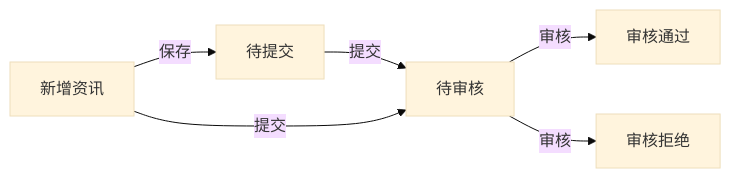
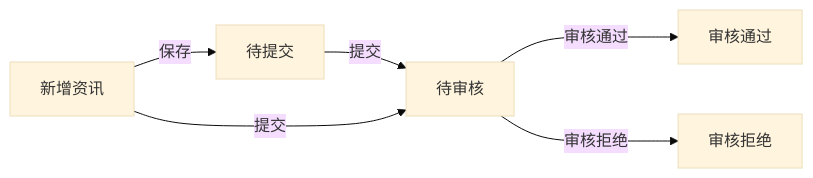
The first of 7 diagrams in 刑侦反骗码用户后台/刑侦反骗码用户后台-用户手册.md (SaintKayLuk/ZA-user-manual), drawn with Mermaid (base theme) before and after one commit. The commit also changed other lines of this file and 3 other files, not shown here.

````diff
--- a/刑侦反骗码用户后台/刑侦反骗码用户后台-用户手册.md
+++ b/刑侦反骗码用户后台/刑侦反骗码用户后台-用户手册.md
@@ -261,7 +261,7 @@
   ```mermaid
   graph LR
     1[新增资讯] -- 保存 --> 2[待提交] -- 提交 --> 3[待审核]
     1[新增资讯] -- 提交 --> 3[待审核]
-    3[待审核] -- 审核 --> 4[审核通过]
-    3[待审核] -- 审核 --> 5[审核拒绝]
+    3[待审核] -- 审核通过 ---> 4[审核通过]
+    3[待审核] -- 审核拒绝 ---> 5[审核拒绝]
   ```
````
